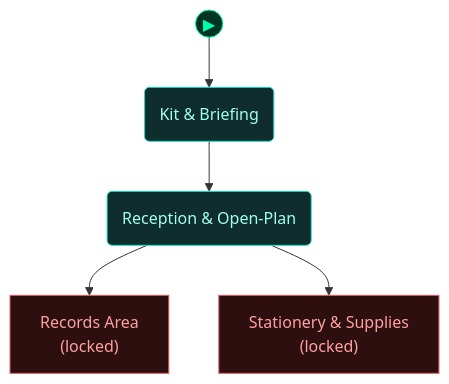
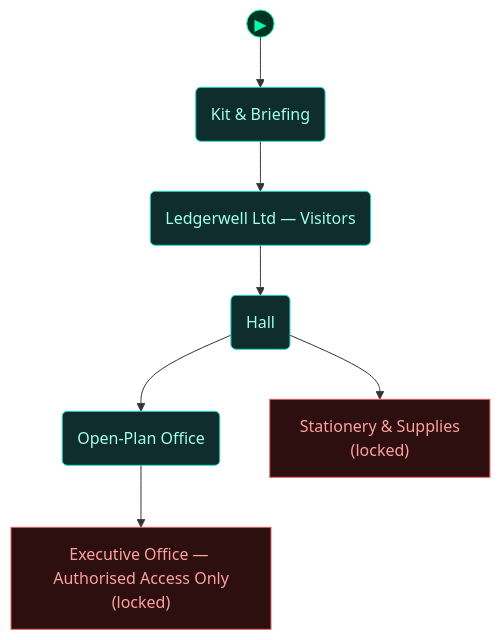
One commit to cliffe/BreakEscape changed the fourth of 5 diagrams in scenarios/lab_physical_pentest/dungeon_graph.md. Above: the diagram before and after it, drawn with Mermaid. The commit also changed other lines of this file and 10 other files, not shown here.

Commit message:
lab_physical_pentest: wire the Ledgerwell floor plan (reception, hall, lw clones, CEO office) and add Dev, Tomasz and Gareth as present NPCs

````diff
--- a/scenarios/lab_physical_pentest/dungeon_graph.md
+++ b/scenarios/lab_physical_pentest/dungeon_graph.md
@@ -190,34 +198,38 @@
 ```mermaid
 flowchart TD
 
   classDef room      fill:#0f2d2d,stroke:#22ddcc,color:#a0ffee
   classDef lock      fill:#2d0f0f,stroke:#e66060,color:#ffa0a0
   classDef key       fill:#2d0812,stroke:#e66060,color:#ffa0a0
   classDef item      fill:#2d1200,stroke:#e89030,color:#ffcc80
   classDef gate      fill:#111,stroke:#666,color:#eee
   classDef vm        fill:#0c1f40,stroke:#4a90d9,color:#a0c8ff
   classDef flag      fill:#1a0c2d,stroke:#9060d0,color:#cc99ff
   classDef action    fill:#1a1200,stroke:#cc9922,color:#ffee88
   classDef aim       fill:#0d2a0d,stroke:#44cc44,color:#88ff88
   classDef aim_gate  fill:#111111,stroke:#44cc44,color:#44cc44
   classDef container fill:#1a2d1a,stroke:#60b060,color:#a0e0a0
   classDef npc       fill:#2d1f0d,stroke:#d0a050,color:#ffe0a0
   classDef critical  fill:#2a1500,stroke:#ffaa00,color:#ffdd88
   classDef start     fill:#003322,stroke:#00ffaa,color:#00ffaa
 
   node_start(("▶"))
   node_start --> briefing_room
 
   briefing_room("Kit & Briefing")
-  open_plan("Reception & Open-Plan")
-  secure_area["Records Area<br/>(locked)"]
+  reception("Ledgerwell Ltd — Visitors")
+  hall("Hall")
+  open_plan("Open-Plan Office")
+  secure_area["Executive Office — Authorised Access Only<br/>(locked)"]
   store_room["Stationery & Supplies<br/>(locked)"]
 
-  briefing_room --> open_plan
+  briefing_room --> reception
+  reception --> hall
+  hall --> open_plan
+  hall --> store_room
   open_plan --> secure_area
-  open_plan --> store_room
 
-  class briefing_room,open_plan room
+  class briefing_room,reception,hall,open_plan room
   class secure_area,store_room lock
   class node_start start
 ```
````
